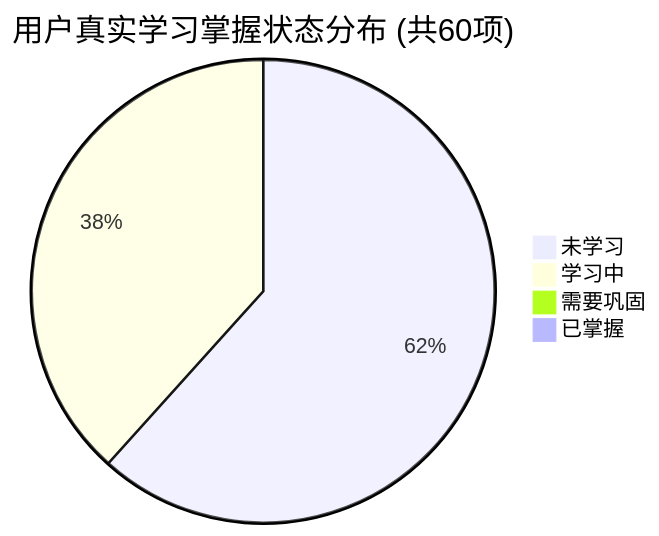
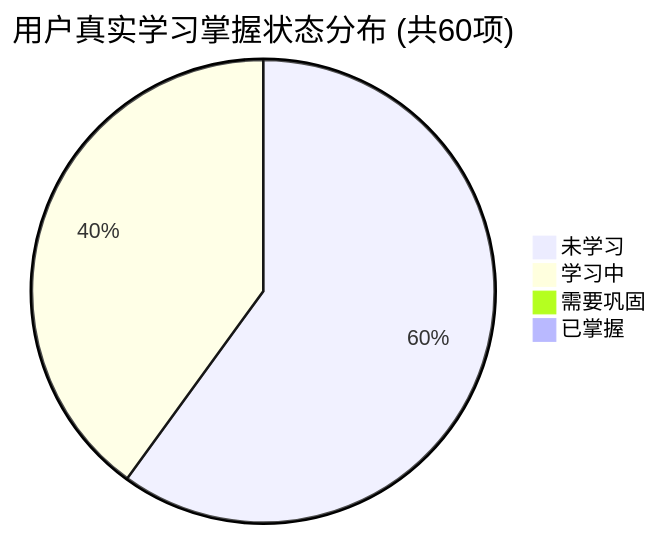
The first of 2 diagrams in PROGRESS.md (tieke1121/tech-interview-knowledge-base), drawn with Mermaid before and after one commit. The commit also changed other lines of this file and 1 other file, not shown here.

````diff
--- a/PROGRESS.md
+++ b/PROGRESS.md
@@ -27,7 +27,7 @@
 ```mermaid
 pie title 用户真实学习掌握状态分布 (共60项)
-    "未学习" : 37
-    "学习中" : 23
+    "未学习" : 36
+    "学习中" : 24
     "需要巩固" : 0
     "已掌握" : 0
 ```
````
